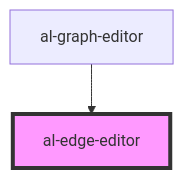
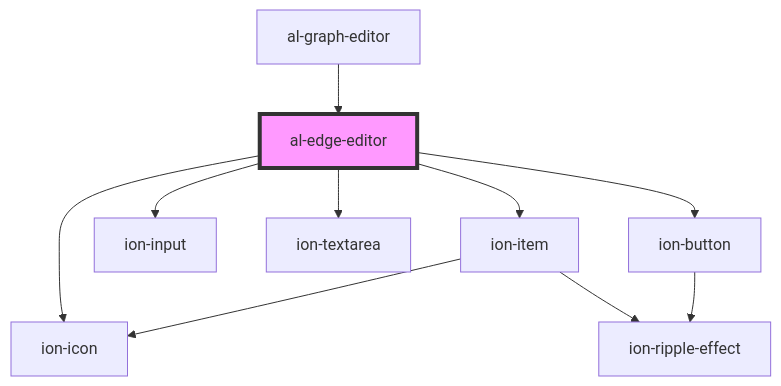
Before and after one commit to aleph-viewer/aleph: the diagram in src/components/al-edge-editor/readme.md, drawn with Mermaid. The commit also changed other lines of this file and 11 other files, not shown here.

````diff
--- a/src/components/al-edge-editor/readme.md
+++ b/src/components/al-edge-editor/readme.md
@@ -30,5 +38,13 @@
 ```mermaid
 graph TD;
+  al-edge-editor --> ion-item
+  al-edge-editor --> ion-input
+  al-edge-editor --> ion-textarea
+  al-edge-editor --> ion-button
+  al-edge-editor --> ion-icon
+  ion-item --> ion-icon
+  ion-item --> ion-ripple-effect
+  ion-button --> ion-ripple-effect
   al-graph-editor --> al-edge-editor
   style al-edge-editor fill:#f9f,stroke:#333,stroke-width:4px
 ```
````
